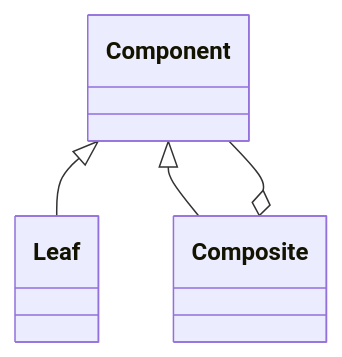
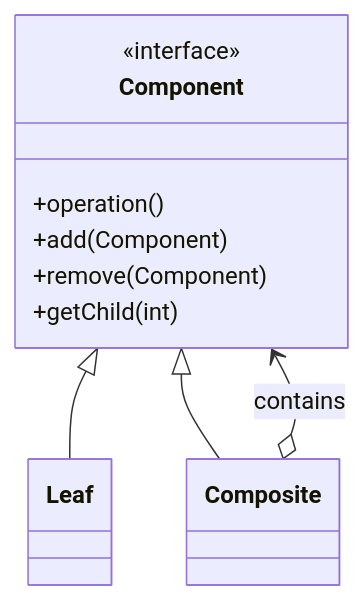
One commit to dagudelo88/From-Zero-to-hero-Software-engineer changed the third of 3 diagrams in From Zero To Hero/2. Programming Paradigms & Architecture/2.1.2 Structural Design Patterns.md. Above: the diagram before and after it, drawn with Mermaid. The commit also changed other lines of this file and 5 other files, not shown here.

````diff
--- a/From Zero To Hero/2. Programming Paradigms & Architecture/2.1.2 Structural Design Patterns.md
+++ b/From Zero To Hero/2. Programming Paradigms & Architecture/2.1.2 Structural Design Patterns.md
@@ -227,6 +407,15 @@
 ```mermaid
 classDiagram
+    class Component {
+        <<interface>>
+        +operation()
+        +add(Component)
+        +remove(Component)
+        +getChild(int)
+    }
+    class Leaf
+    class Composite
     Component <|-- Leaf
     Component <|-- Composite
-    Composite o-- Component
+    Composite o--> Component : contains
 ```
````
